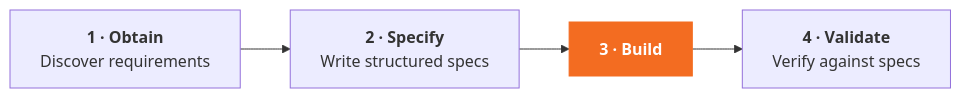
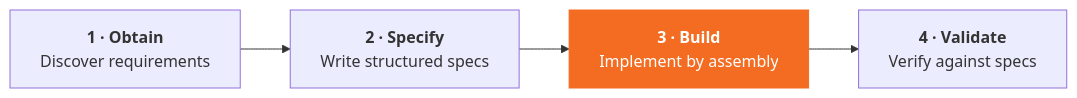
The first of 2 diagrams in docs/WayOfWork/spec-driven-development.md (ConductionNL/.github), drawn with Mermaid before and after one commit.

Commit message:
fix(docs): pipeline diagram nodes all same size (#71)
Build had a one-line label while every other node had two, so Mermaid
auto-sized it narrower. Add a matching subtitle ("Implement by
assembly") so all four nodes render the same width.

````diff
--- a/docs/WayOfWork/spec-driven-development.md
+++ b/docs/WayOfWork/spec-driven-development.md
@@ -17,9 +17,9 @@
 ```mermaid
 flowchart LR
   A["<b>1 · Obtain</b><br/>Discover requirements"]
   B["<b>2 · Specify</b><br/>Write structured specs"]
-  C["<b>3 · Build</b>"]:::accent
+  C["<b>3 · Build</b><br/>Implement by assembly"]:::accent
   D["<b>4 · Validate</b><br/>Verify against specs"]
   A --> B --> C --> D
   classDef accent fill:#F36C21,stroke:#F36C21,color:#fff;
 ```
````
